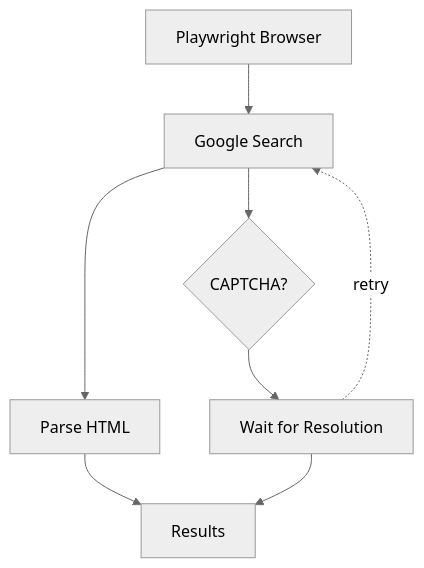
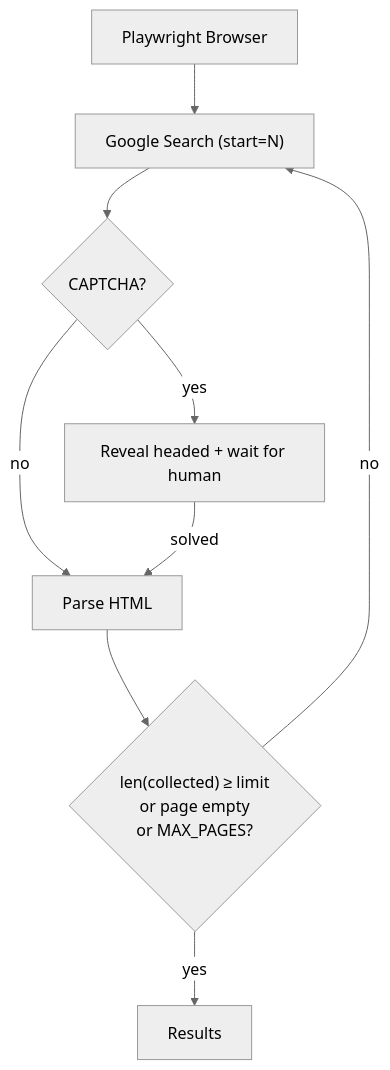
One commit to IIshikiII/Playwright-search-MCP changed the diagram in README.md. Above: the diagram before and after it, drawn with Mermaid (neutral theme). The commit also changed other lines of this file and 6 other files, not shown here.

````diff
--- a/README.md
+++ b/README.md
@@ -24,10 +25,11 @@
 ```mermaid
 flowchart TD
-    A[Playwright Browser] --> B[Google Search]
-    B --> C[Parse HTML]
+    A[Playwright Browser] --> B["Google Search (start=N)"]
     B --> D{CAPTCHA?}
-    D --> E[Wait for Resolution]
-    E -.->|retry| B
-    C --> F[Results]
-    E --> F
+    D -->|yes| E[Reveal headed + wait for human]
+    D -->|no| C[Parse HTML]
+    E -->|solved| C
+    C --> G{"len(collected) ≥ limit<br/>or page empty<br/>or MAX_PAGES?"}
+    G -->|no| B
+    G -->|yes| F[Results]
 ```
````
